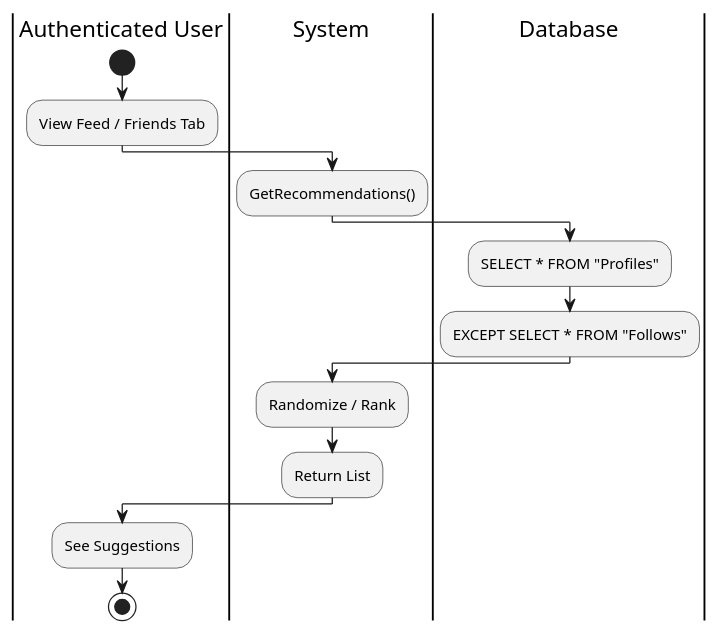
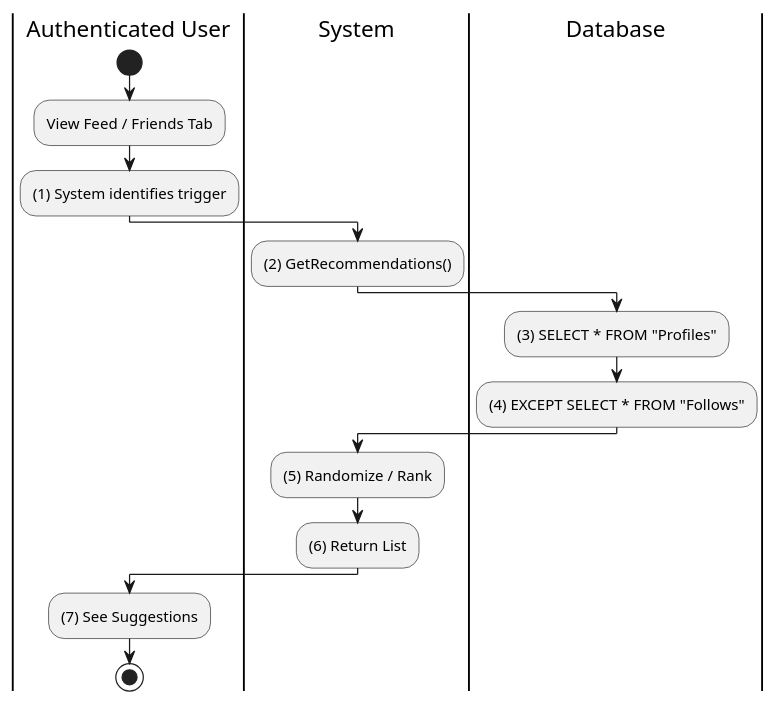
Before and after one commit to I-Love-U-3000/Favi-BE: diagram 13 of 14 in UC_2.1.6_Adjust_Friend.md, drawn with PlantUML. The commit also changed other lines of this file and 36 other files, not shown here.

````diff
--- a/UC_2.1.6_Adjust_Friend.md
+++ b/UC_2.1.6_Adjust_Friend.md
@@ -632,18 +564,19 @@
 ```plantuml
 @startuml
 |Authenticated User|
 start
 :View Feed / Friends Tab;
+:(1) System identifies trigger;
 |System|
-:GetRecommendations();
+:(2) GetRecommendations();
 |Database|
-:SELECT * FROM "Profiles";
-:EXCEPT SELECT * FROM "Follows";
+:(3) SELECT * FROM "Profiles";
+:(4) EXCEPT SELECT * FROM "Follows";
 |System|
-:Randomize / Rank;
-:Return List;
+:(5) Randomize / Rank;
+:(6) Return List;
 |Authenticated User|
-:See Suggestions;
+:(7) See Suggestions;
 stop
 @enduml
 ```
````
